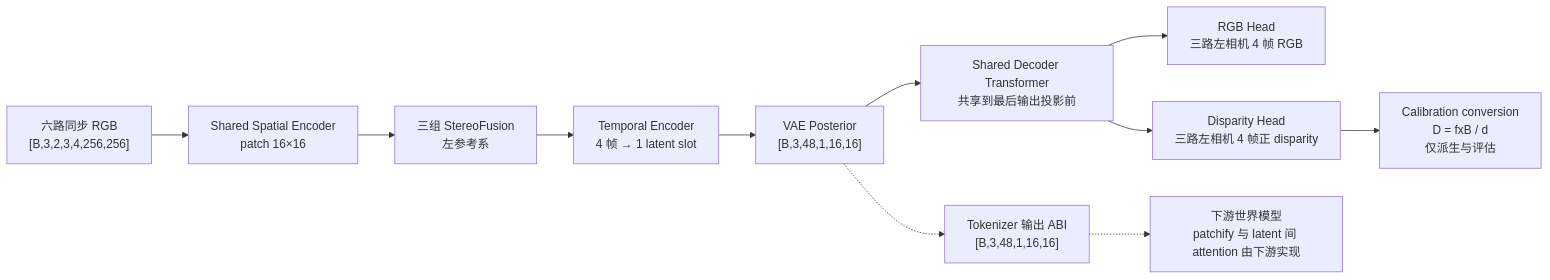
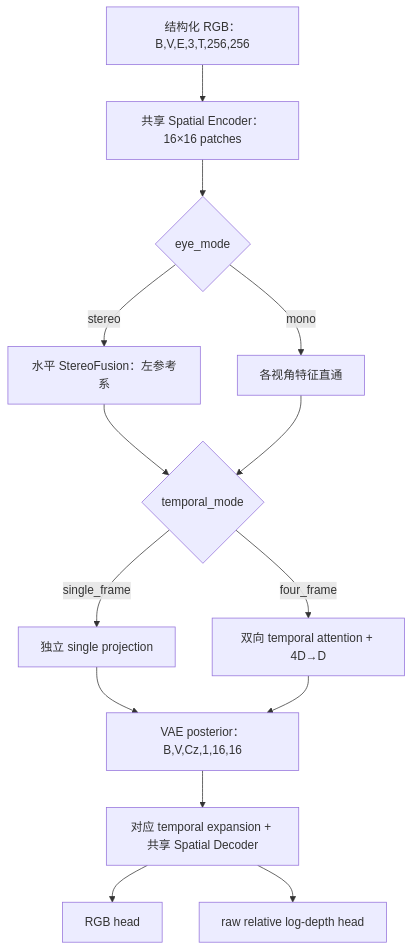
Before and after one commit to Frankaaay/Stereo-vison-Tokenizer: the diagram in doc/Stereo Tokenizer Plan.md, drawn with Mermaid. The commit also changed other lines of this file and 1 other file, not shown here.

````diff
--- a/doc/Stereo Tokenizer Plan.md
+++ b/doc/Stereo Tokenizer Plan.md
@@ -19,19 +52,16 @@
 ```mermaid
-flowchart LR
-    IN["六路同步 RGB<br/>[B,3,2,3,4,256,256]"]
-    SE["Shared Spatial Encoder<br/>patch 16×16"]
-    SF["三组 StereoFusion<br/>左参考系"]
-    TE["Temporal Encoder<br/>4 帧 → 1 latent slot"]
-    POST["VAE Posterior<br/>[B,3,48,1,16,16]"]
-    DEC["Shared Decoder Transformer<br/>共享到最后输出投影前"]
-    RGB["RGB Head<br/>三路左相机 4 帧 RGB"]
-    DISP["Disparity Head<br/>三路左相机 4 帧正 disparity"]
-    DEPTH["Calibration conversion<br/>D = fxB / d<br/>仅派生与评估"]
-    ABI["Tokenizer 输出 ABI<br/>[B,3,48,1,16,16]"]
-    DOWNSTREAM["下游世界模型<br/>patchify 与 latent 间 attention 由下游实现"]
-
-    IN --> SE --> SF --> TE --> POST --> DEC
-    DEC --> RGB
-    DEC --> DISP --> DEPTH
-    POST -.-> ABI -.-> DOWNSTREAM
+flowchart TD
+    X["结构化 RGB：B,V,E,3,T,256,256"] --> S["共享 Spatial Encoder：16×16 patches"]
+    S --> E{"eye_mode"}
+    E -->|stereo| F["水平 StereoFusion：左参考系"]
+    E -->|mono| M["各视角特征直通"]
+    F --> T{"temporal_mode"}
+    M --> T
+    T -->|single_frame| P["独立 single projection"]
+    T -->|four_frame| A["双向 temporal attention + 4D→D"]
+    P --> Z["VAE posterior：B,V,Cz,1,16,16"]
+    A --> Z
+    Z --> D["对应 temporal expansion + 共享 Spatial Decoder"]
+    D --> R["RGB head"]
+    D --> G["raw relative log-depth head"]
 ```
````
